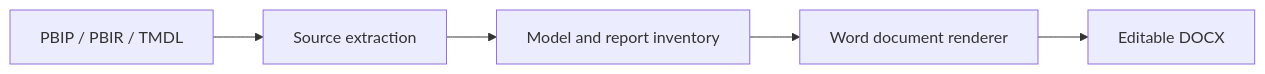
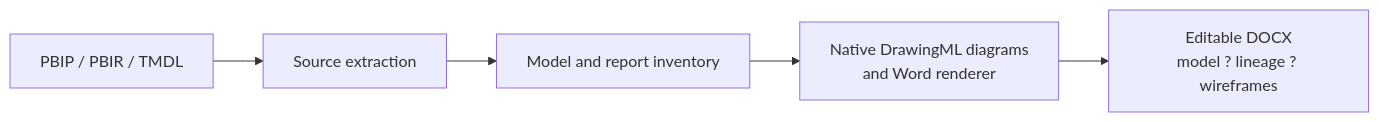
One commit to analienx/pbidocumenter changed the diagram in README.md. Above: the diagram before and after it, drawn with Mermaid. The commit also changed other lines of this file and 11 other files, not shown here.

Commit message:
Lead with native editable Power BI diagrams and verified capabilities (#26)

````diff
--- a/README.md
+++ b/README.md
@@ -78,7 +84,7 @@
 ```mermaid
 flowchart LR
     A["PBIP / PBIR / TMDL"] --> B["Source extraction"]
     B --> C["Model and report inventory"]
-    C --> D["Word document renderer"]
-    D --> E["Editable DOCX"]
+    C --> D["Native DrawingML diagrams<br/>and Word renderer"]
+    D --> E["Editable DOCX<br/>model ? lineage ? wireframes"]
 ```
````
